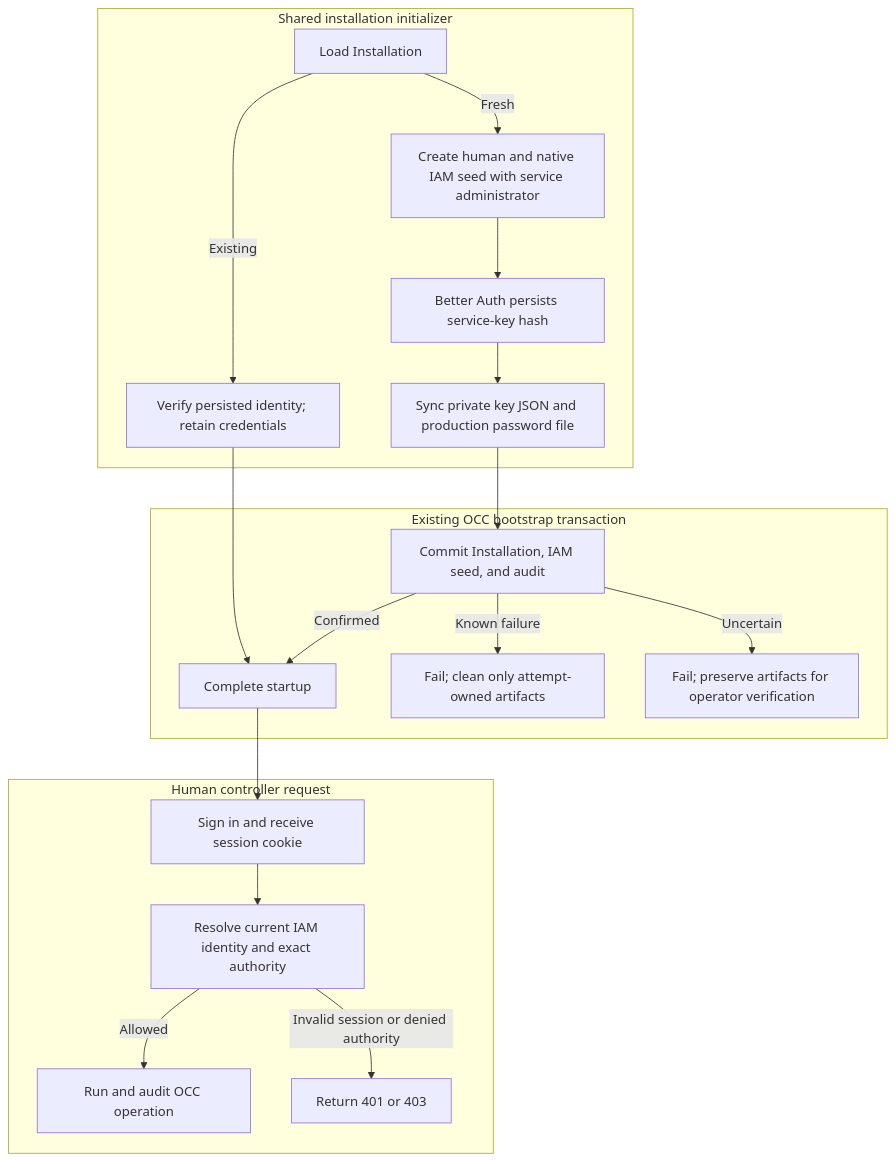
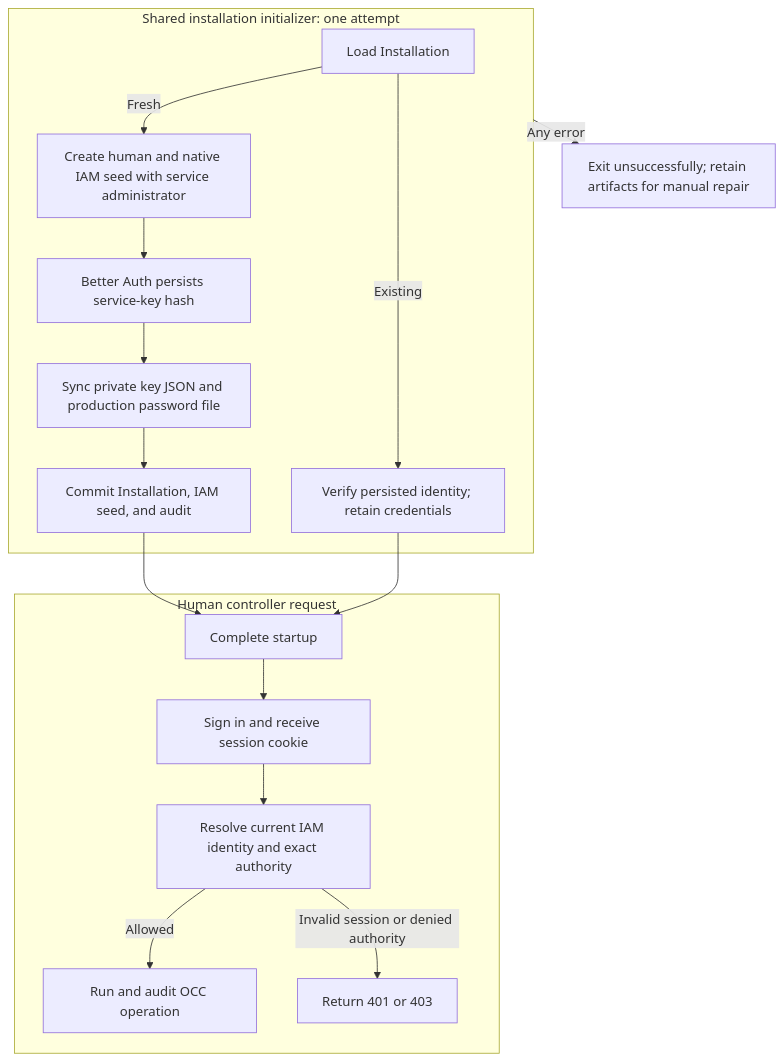
The diagram in docs/flows/local-password-authentication.md (IsaiahStapleton/openclaw-enterprise), drawn with Mermaid before and after one commit. The commit also changed other lines of this file and 16 other files, not shown here.

Commit message:
refactor: preserve bootstrap state on failure

````diff
--- a/docs/flows/local-password-authentication.md
+++ b/docs/flows/local-password-authentication.md
@@ -34,22 +34,19 @@
 ```mermaid
 graph TD
-  subgraph Bootstrap["Shared installation initializer"]
+  subgraph Bootstrap["Shared installation initializer: one attempt"]
     A["Load Installation"] -->|Existing| B["Verify persisted identity; retain credentials"]
     A -->|Fresh| C["Create human and native IAM seed with service administrator"]
     C --> D["Better Auth persists service-key hash"]
     D --> E["Sync private key JSON and production password file"]
+    E --> F["Commit Installation, IAM seed, and audit"]
   end
-  subgraph Commit["Existing OCC bootstrap transaction"]
-    E --> F["Commit Installation, IAM seed, and audit"]
-    F -->|Confirmed| G["Complete startup"]
-    F -->|Known failure| H["Fail; clean only attempt-owned artifacts"]
-    F -->|Uncertain| I["Fail; preserve artifacts for operator verification"]
-    B --> G
-  end
+  F --> G["Complete startup"]
+  B --> G
+  Bootstrap -->|Any error| H["Exit unsuccessfully; retain artifacts for manual repair"]
   subgraph Request["Human controller request"]
     G --> J["Sign in and receive session cookie"]
     J --> K["Resolve current IAM identity and exact authority"]
     K -->|Allowed| L["Run and audit OCC operation"]
     K -->|Invalid session or denied authority| M["Return 401 or 403"]
   end
 ```
````
